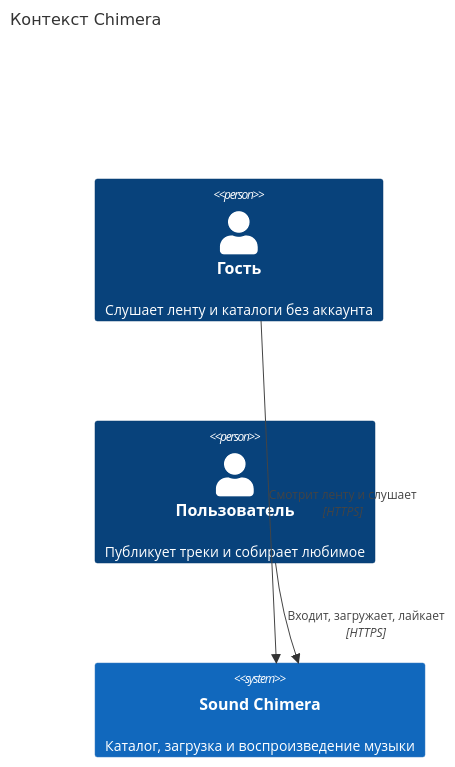
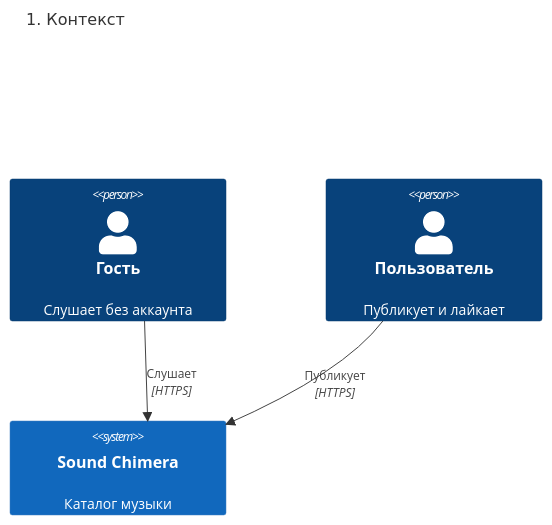
The second of 4 diagrams in docs/architecture.md (skitcc/chimera), drawn with Mermaid before and after one commit. The commit also changed other lines of this file and 10 other files, not shown here.

Commit message:
docs(architecture): add diagrams and link them from the writeup

````diff
--- a/docs/architecture.md
+++ b/docs/architecture.md
@@ -549,9 +330,10 @@
 ```mermaid
 C4Context
-  title Контекст Chimera
-  Person(guest, "Гость", "Слушает ленту и каталоги без аккаунта")
-  Person(member, "Пользователь", "Публикует треки и собирает любимое")
-  System(chimera, "Sound Chimera", "Каталог, загрузка и воспроизведение музыки")
-  Rel(guest, chimera, "Смотрит ленту и слушает", "HTTPS")
-  Rel(member, chimera, "Входит, загружает, лайкает", "HTTPS")
+  title 1. Контекст
+  Person(guest, "Гость", "Слушает без аккаунта")
+  Person(member, "Пользователь", "Публикует и лайкает")
+  System(chimera, "Sound Chimera", "Каталог музыки")
+  Rel(guest, chimera, "Слушает", "HTTPS")
+  Rel(member, chimera, "Публикует", "HTTPS")
+  UpdateLayoutConfig($c4ShapeInRow="2", $c4BoundaryInRow="1")
 ```
````
